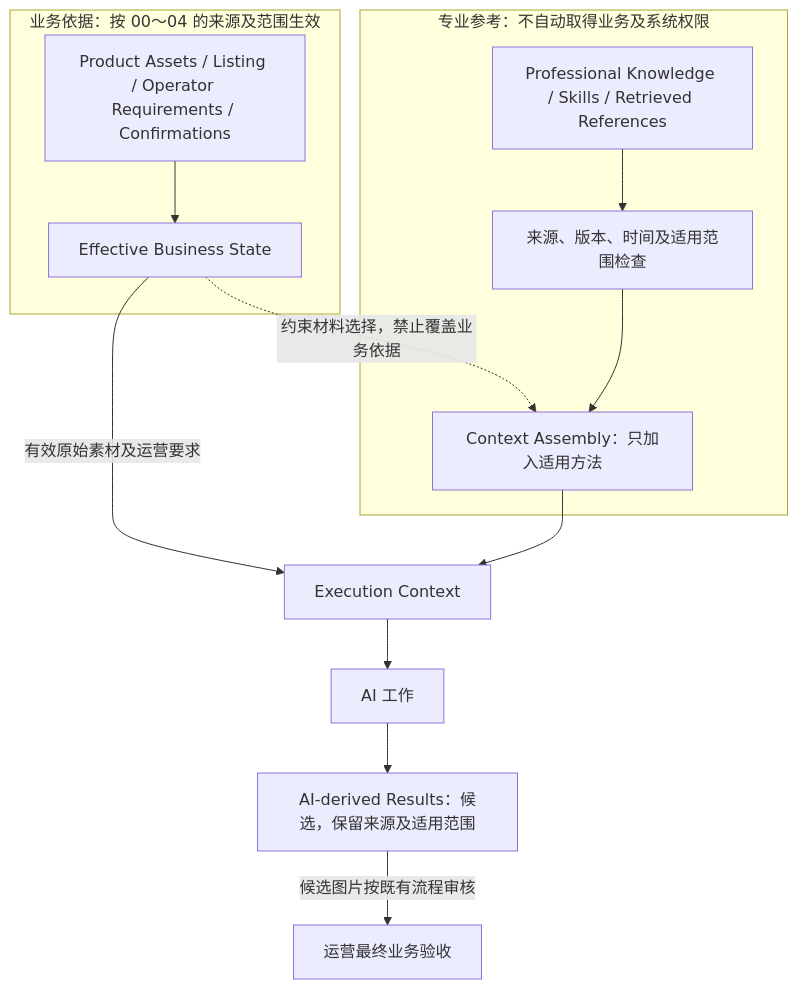
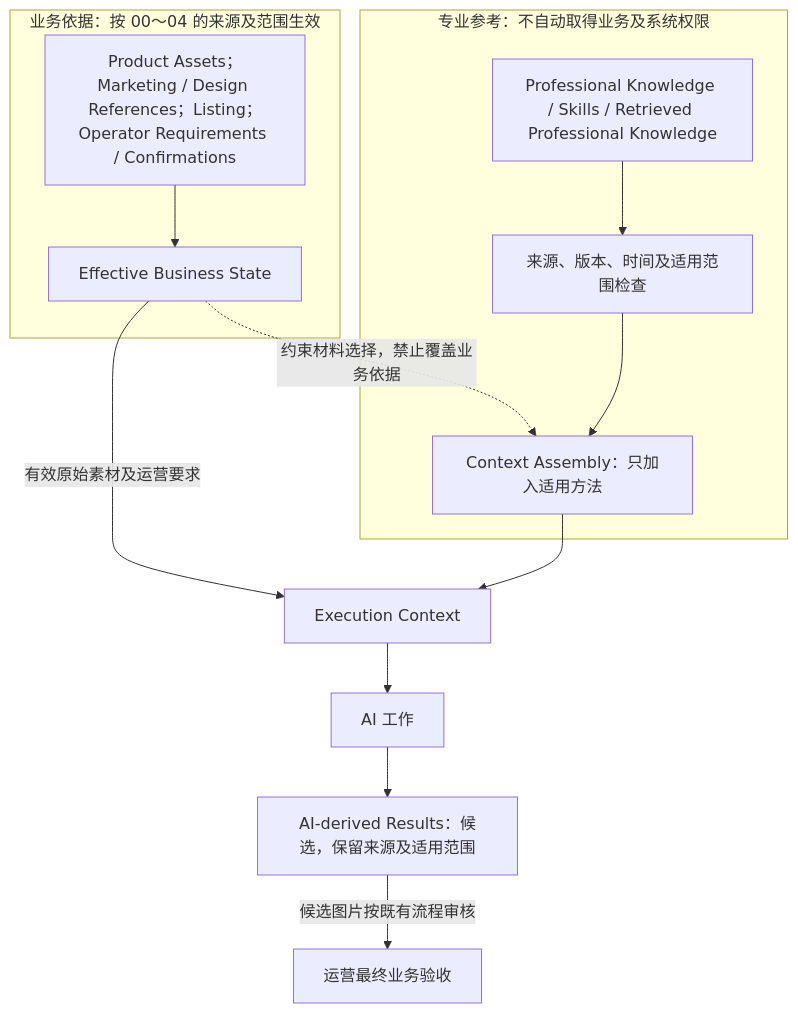
One commit to SONG-36/aigc-workbench changed the second of 2 diagrams in docs/business/architecture/T06_KNOWLEDGE_SKILLS.md. Above: the diagram before and after it, drawn with Mermaid. The commit also changed other lines of this file and 2 other files, not shown here.

Commit message:
docs: resolve first-round architecture review findings

````diff
--- a/docs/business/architecture/T06_KNOWLEDGE_SKILLS.md
+++ b/docs/business/architecture/T06_KNOWLEDGE_SKILLS.md
@@ -179,16 +179,16 @@
 ```mermaid
 flowchart TD
     subgraph BUSINESS["业务依据：按 00～04 的来源及范围生效"]
-        INPUT["Product Assets / Listing / Operator Requirements / Confirmations"] --> STATE["Effective Business State"]
+        INPUT["Product Assets；Marketing / Design References；Listing；Operator Requirements / Confirmations"] --> STATE["Effective Business State"]
     end
     subgraph PROFESSIONAL["专业参考：不自动取得业务及系统权限"]
-        MATERIAL["Professional Knowledge / Skills / Retrieved References"] --> CHECK["来源、版本、时间及适用范围检查"]
+        MATERIAL["Professional Knowledge / Skills / Retrieved Professional Knowledge"] --> CHECK["来源、版本、时间及适用范围检查"]
         CHECK --> ASSEMBLY["Context Assembly：只加入适用方法"]
     end
     STATE -->|"有效原始素材及运营要求"| CONTEXT["Execution Context"]
     STATE -.->|"约束材料选择，禁止覆盖业务依据"| ASSEMBLY
     ASSEMBLY --> CONTEXT
     CONTEXT --> AI["AI 工作"]
     AI --> DERIVED["AI-derived Results：候选，保留来源及适用范围"]
     DERIVED -->|"候选图片按既有流程审核"| REVIEW["运营最终业务验收"]
 ```
````
